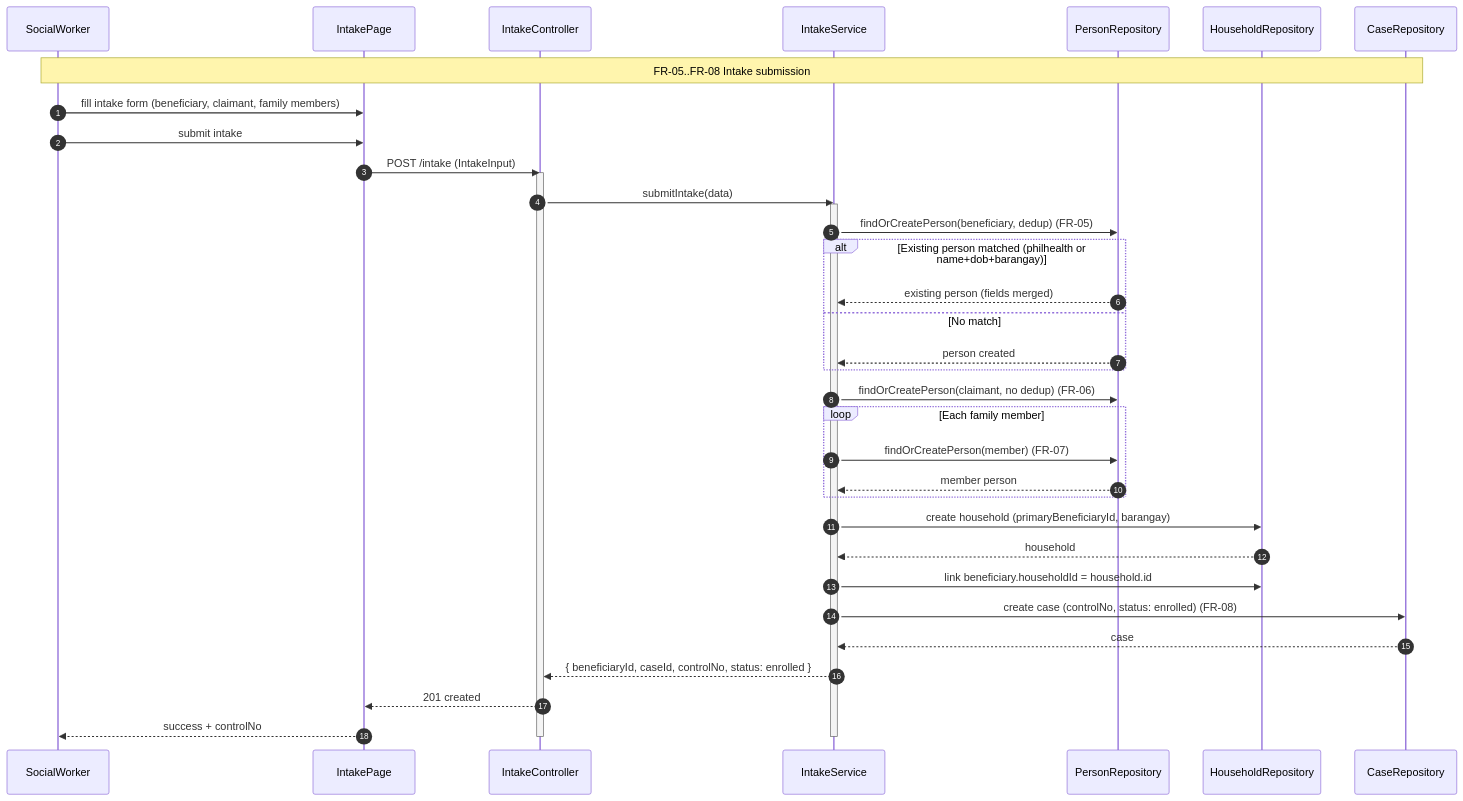
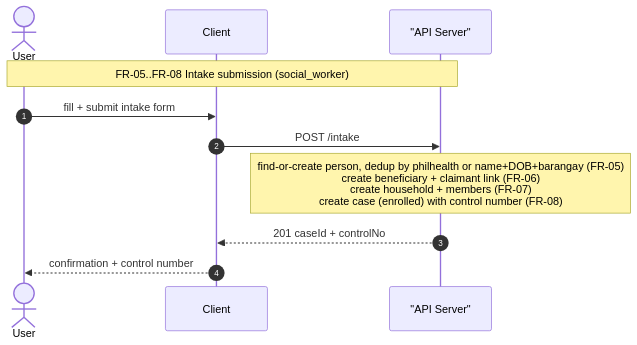
Before and after one commit to urlsalimbot/THESIS1-KAPWA: the second of 4 diagrams in docs/diagrams/03-sequence-diagram.md, drawn with Mermaid. The commit also changed other lines of this file and 6 other files, not shown here.

Commit message:
docs: add AWS deployment + role-matrix guides, refresh diagrams

````diff
--- a/docs/diagrams/03-sequence-diagram.md
+++ b/docs/diagrams/03-sequence-diagram.md
@@ -92,40 +74,14 @@
 ```mermaid
 sequenceDiagram
     autonumber
-    participant SocialWorker
-    participant IntakePage
-    participant IntakeController
-    participant IntakeService
-    participant PersonRepository
-    participant HouseholdRepository
-    participant CaseRepository
+    actor User
+    participant Client
+    participant Server as "API Server"
 
-    Note over SocialWorker,CaseRepository: FR-05..FR-08 Intake submission
-    SocialWorker->>IntakePage: fill intake form (beneficiary, claimant, family members)
-    SocialWorker->>IntakePage: submit intake
-    IntakePage->>IntakeController: POST /intake (IntakeInput)
-    activate IntakeController
-    IntakeController->>IntakeService: submitIntake(data)
-    activate IntakeService
-    IntakeService->>PersonRepository: findOrCreatePerson(beneficiary, dedup) (FR-05)
-    alt Existing person matched (philhealth or name+dob+barangay)
-        PersonRepository-->>IntakeService: existing person (fields merged)
-    else No match
-        PersonRepository-->>IntakeService: person created
-    end
-    IntakeService->>PersonRepository: findOrCreatePerson(claimant, no dedup) (FR-06)
-    loop Each family member
-        IntakeService->>PersonRepository: findOrCreatePerson(member) (FR-07)
-        PersonRepository-->>IntakeService: member person
-    end
-    IntakeService->>HouseholdRepository: create household (primaryBeneficiaryId, barangay)
-    HouseholdRepository-->>IntakeService: household
-    IntakeService->>HouseholdRepository: link beneficiary.householdId = household.id
-    IntakeService->>CaseRepository: create case (controlNo, status: enrolled) (FR-08)
-    CaseRepository-->>IntakeService: case
-    IntakeService-->>IntakeController: { beneficiaryId, caseId, controlNo, status: enrolled }
-    IntakeController-->>IntakePage: 201 created
-    IntakePage-->>SocialWorker: success + controlNo
-    deactivate IntakeService
-    deactivate IntakeController
+    Note over User,Server: FR-05..FR-08 Intake submission (social_worker)
+    User->>Client: fill + submit intake form
+    Client->>Server: POST /intake
+    Note over Server: find-or-create person, dedup by philhealth or name+DOB+barangay (FR-05)<br/>create beneficiary + claimant link (FR-06)<br/>create household + members (FR-07)<br/>create case (enrolled) with control number (FR-08)
+    Server-->>Client: 201 caseId + controlNo
+    Client-->>User: confirmation + control number
 ```
````
